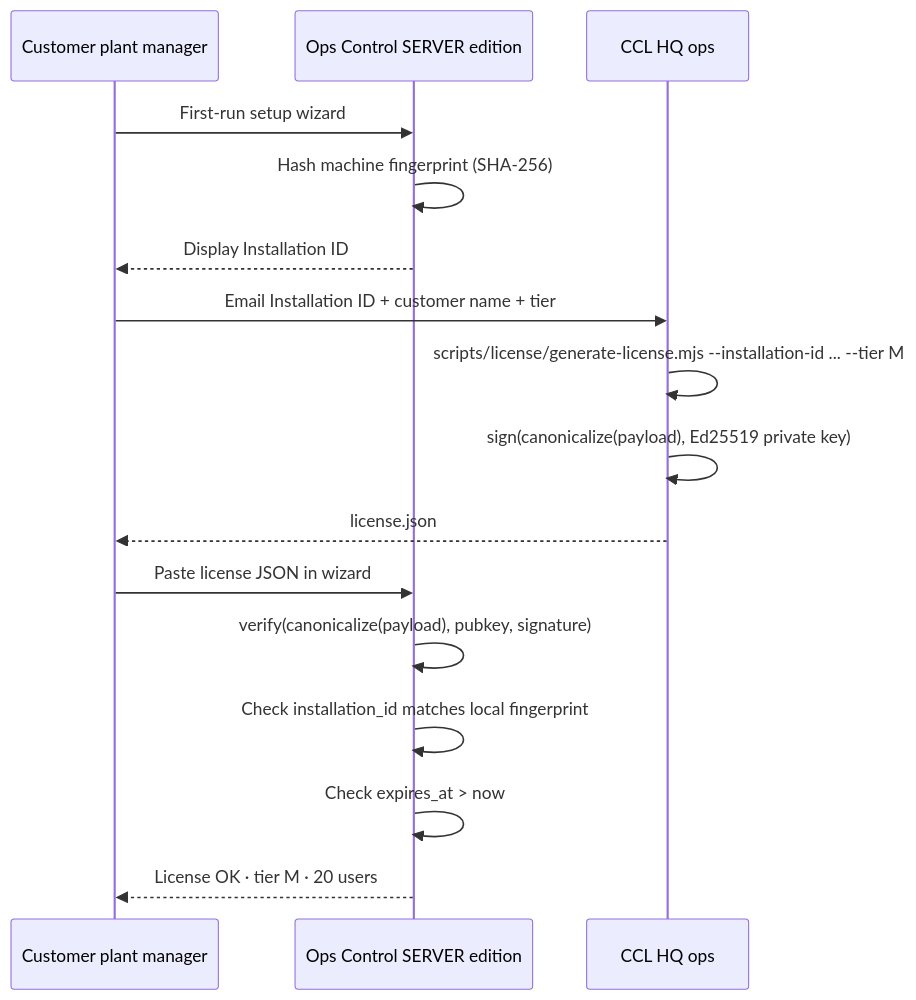
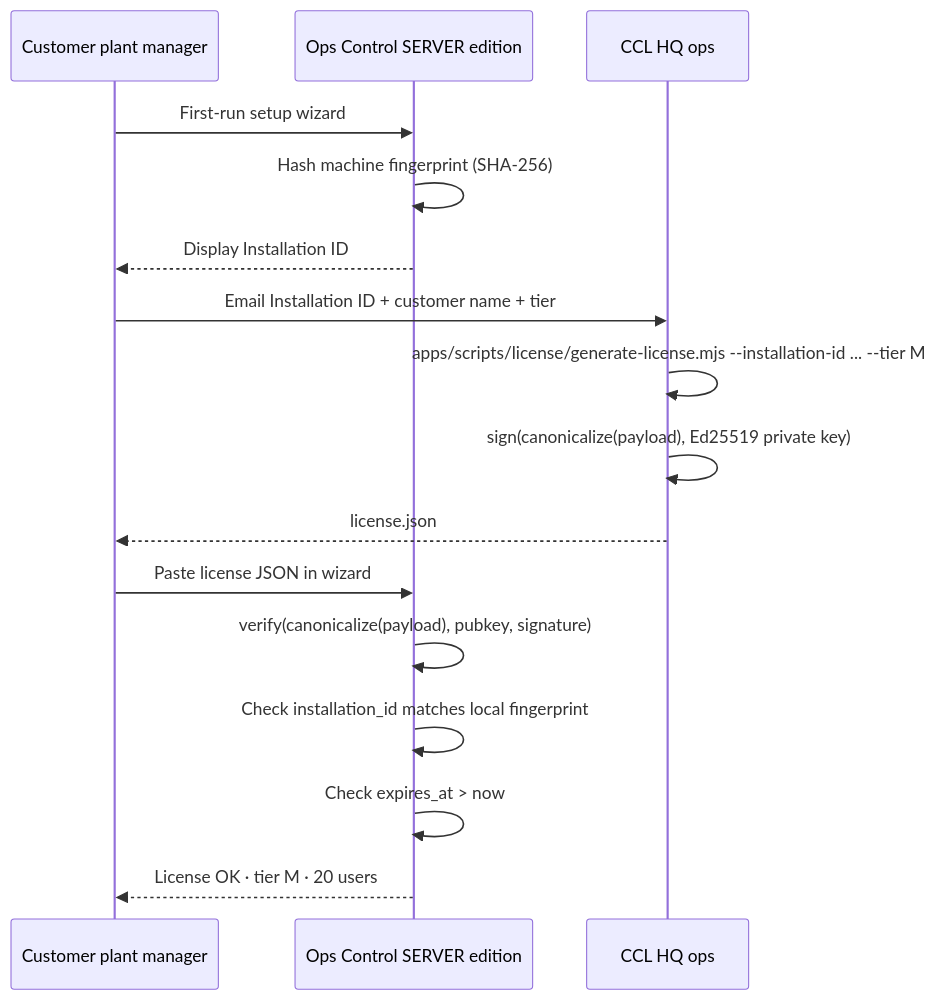
One commit to thiepdanghd82/Ops-Control changed the third of 5 diagrams in docs/architecture/ARCHITECTURE.md. Above: the diagram before and after it, drawn with Mermaid. The commit also changed other lines of this file and 1028 other files, not shown here.

````diff
--- a/docs/architecture/ARCHITECTURE.md
+++ b/docs/architecture/ARCHITECTURE.md
@@ -113,18 +113,18 @@
 ```mermaid
 sequenceDiagram
   participant Customer as Customer plant manager
   participant App as Ops Control SERVER edition
   participant HQ as CCL HQ ops
   Customer->>App: First-run setup wizard
   App->>App: Hash machine fingerprint (SHA-256)
   App-->>Customer: Display Installation ID
   Customer->>HQ: Email Installation ID + customer name + tier
-  HQ->>HQ: scripts/license/generate-license.mjs --installation-id ... --tier M
+  HQ->>HQ: apps/scripts/license/generate-license.mjs --installation-id ... --tier M
   HQ->>HQ: sign(canonicalize(payload), Ed25519 private key)
   HQ-->>Customer: license.json
   Customer->>App: Paste license JSON in wizard
   App->>App: verify(canonicalize(payload), pubkey, signature)
   App->>App: Check installation_id matches local fingerprint
   App->>App: Check expires_at > now
   App-->>Customer: License OK · tier M · 20 users
 ```
````
